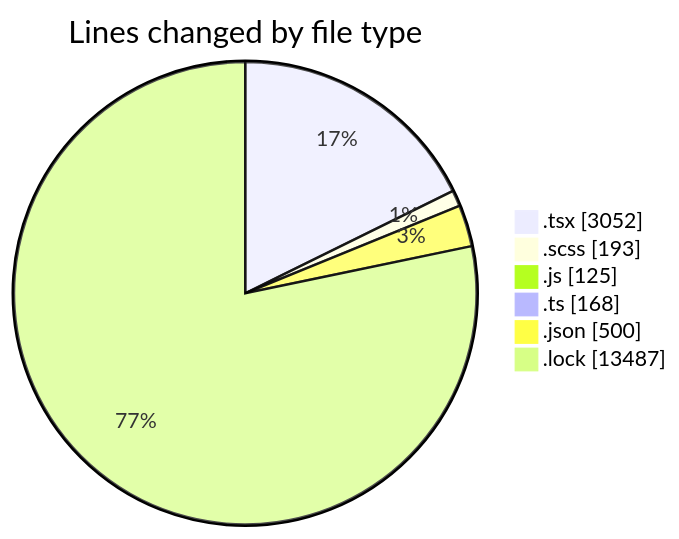
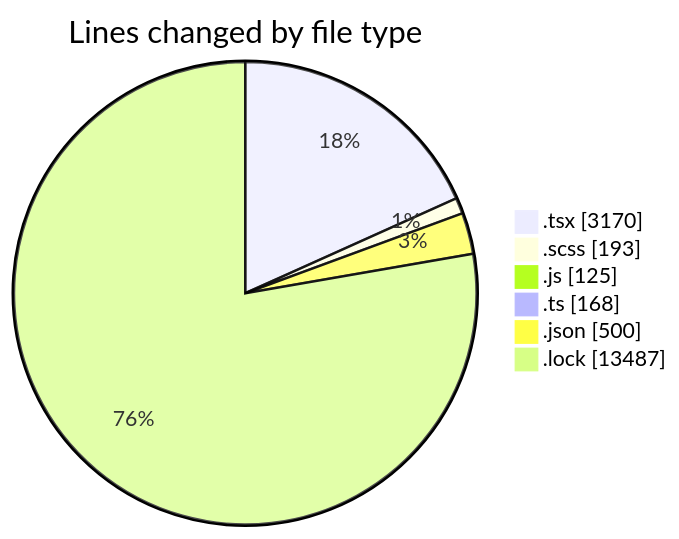
One commit to momahboobian/code-tracking changed the first of 2 diagrams in 2026-04-24/cda/README.md. Above: the diagram before and after it, drawn with Mermaid. The commit also changed other lines of this file and 1 other file, not shown here.

````diff
--- a/2026-04-24/cda/README.md
+++ b/2026-04-24/cda/README.md
@@ -45,10 +45,10 @@
 ```mermaid
 pie showData
 title Lines changed by file type
-".tsx" : 3052
+".tsx" : 3170
 ".scss" : 193
 ".js" : 125
 ".ts" : 168
 ".json" : 500
 ".lock" : 13487
 ```
````
